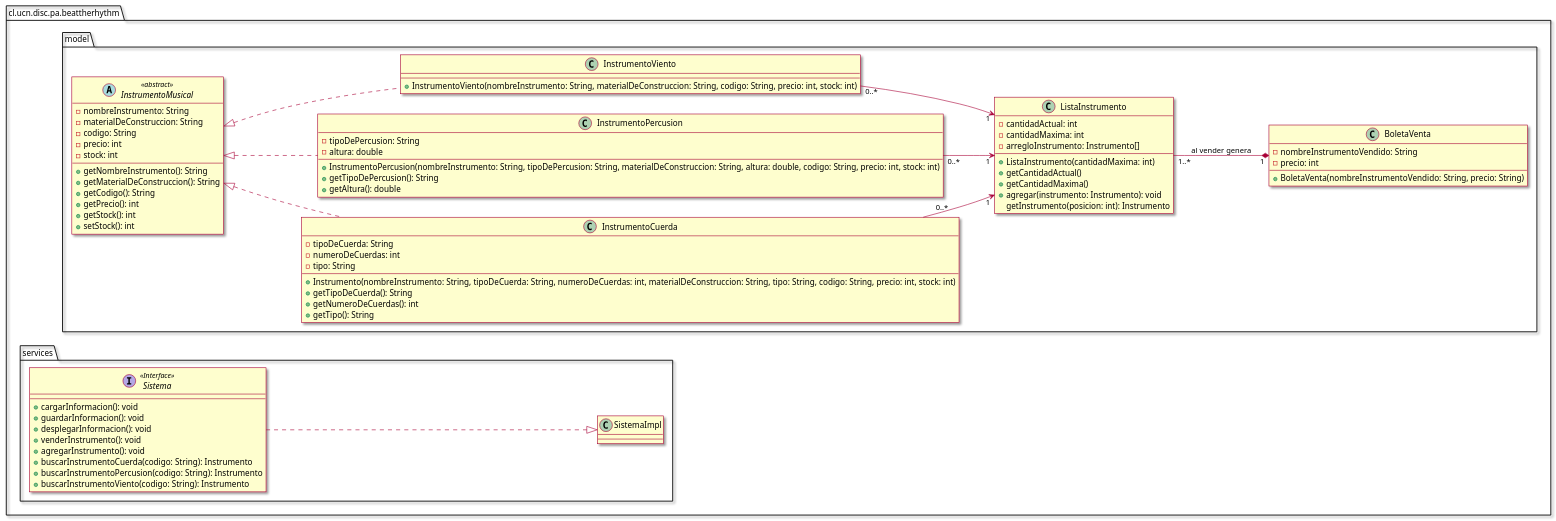
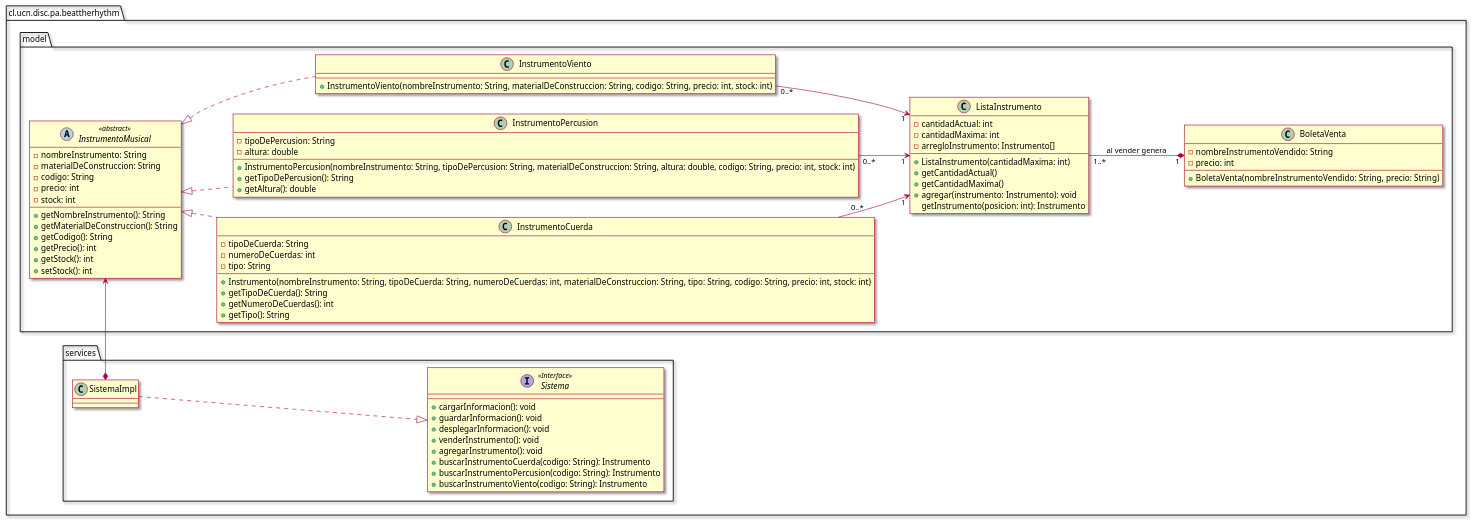
One commit to BruceMunizaga/Simulador-Inventario changed the diagram in clases.puml. Above: the diagram before and after it, drawn with PlantUML. The commit also changed 18 other files, not shown here.

```diff
--- a/clases.puml
+++ b/clases.puml
@@ -1,81 +1,82 @@
 @startuml
 left to right direction
 set separator none
 !pragma useIntermediatePackages false
 skin rose
 package cl.ucn.disc.pa.beattherhythm{
     package model{
         class ListaInstrumento{
             -cantidadActual: int
             -cantidadMaxima: int
             -arregloInstrumento: Instrumento[]
             +ListaInstrumento(cantidadMaxima: int)
             +getCantidadActual()
             +getCantidadMaxima()
             +agregar(instrumento: Instrumento): void
             getInstrumento(posicion: int): Instrumento
         }
         abstract class InstrumentoMusical <<abstract>>{
             -nombreInstrumento: String
             -materialDeConstruccion: String
             -codigo: String
             -precio: int
             -stock: int
             +getNombreInstrumento(): String
             +getMaterialDeConstruccion(): String
             +getCodigo(): String
             +getPrecio(): int
             +getStock(): int
             +setStock(): int
         }
         class InstrumentoCuerda{
             -tipoDeCuerda: String
             -numeroDeCuerdas: int
             -tipo: String
             +Instrumento(nombreInstrumento: String, tipoDeCuerda: String, numeroDeCuerdas: int, materialDeConstruccion: String, tipo: String, codigo: String, precio: int, stock: int)
             +getTipoDeCuerda(): String
             +getNumeroDeCuerdas(): int
             +getTipo(): String
         }
         InstrumentoMusical <|.. InstrumentoCuerda
         class InstrumentoPercusion{
             -tipoDePercusion: String
             -altura: double
             +InstrumentoPercusion(nombreInstrumento: String, tipoDePercusion: String, materialDeConstruccion: String, altura: double, codigo: String, precio: int, stock: int)
             +getTipoDePercusion(): String
             +getAltura(): double
         }
         InstrumentoMusical <|.. InstrumentoPercusion
         class InstrumentoViento{
             +InstrumentoViento(nombreInstrumento: String, materialDeConstruccion: String, codigo: String, precio: int, stock: int)
         }
         InstrumentoMusical <|.. InstrumentoViento
         class BoletaVenta{
         -nombreInstrumentoVendido: String
         -precio: int
         +BoletaVenta(nombreInstrumentoVendido: String, precio: String)
         }
     }
     package services{
         interface Sistema <<Interface>>{
             +cargarInformacion(): void
             +guardarInformacion(): void
             +desplegarInformacion(): void
             +venderInstrumento(): void
             +agregarInstrumento(): void
             +buscarInstrumentoCuerda(codigo: String): Instrumento
             +buscarInstrumentoPercusion(codigo: String): Instrumento
             +buscarInstrumentoViento(codigo: String): Instrumento
         }
         class SistemaImpl{
         }
     }
 }
 
-Sistema ..|> SistemaImpl
+SistemaImpl ..|> Sistema
 ListaInstrumento "1..*" --* "1" BoletaVenta: al vender genera
 InstrumentoCuerda "0..*" --> "1" ListaInstrumento
 InstrumentoPercusion "0..*" --> "1" ListaInstrumento
 InstrumentoViento "0..*" --> "1" ListaInstrumento
+SistemaImpl *-> InstrumentoMusical
 
 @enduml
```
